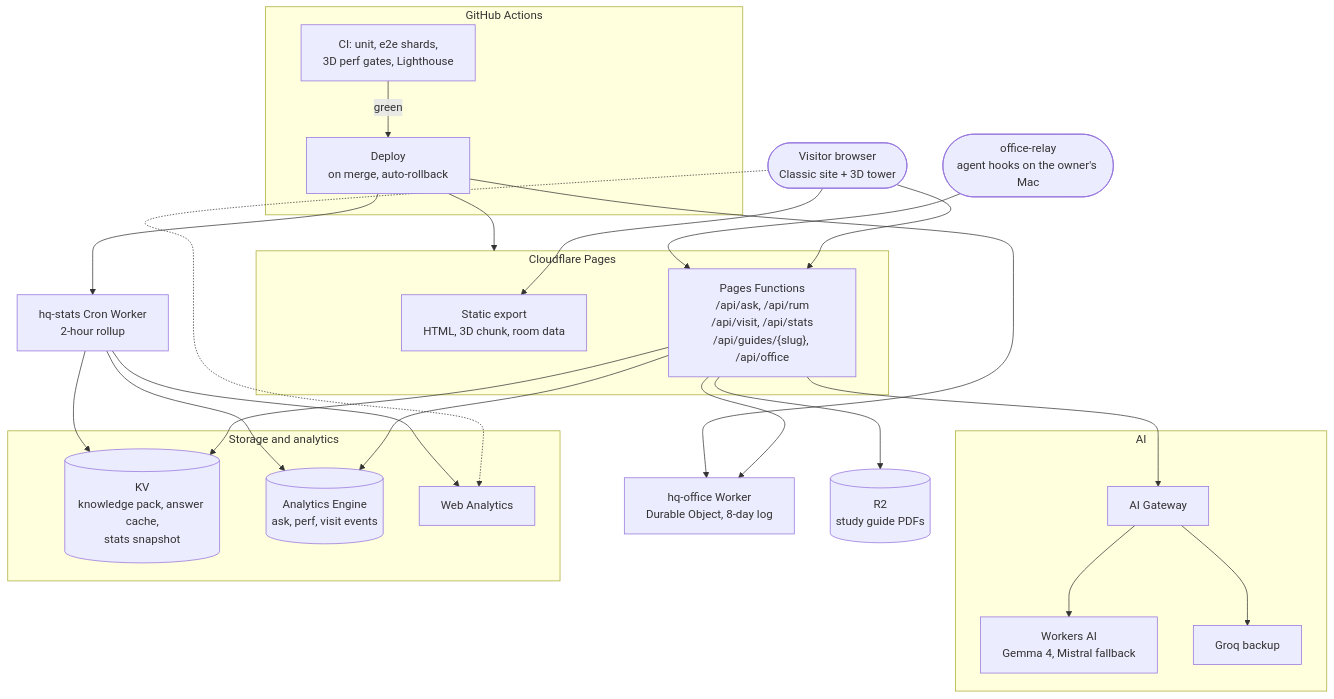
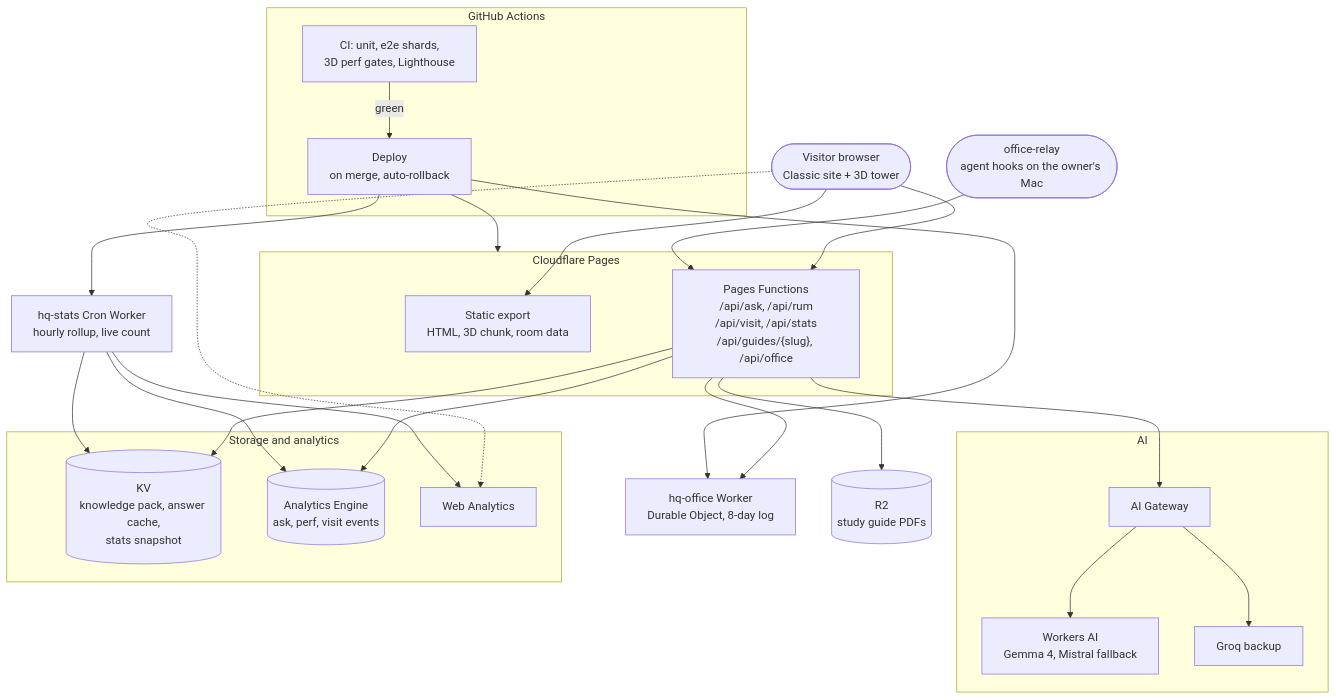
Before and after one commit to ShinyQ/ShinyQ-HQ: the diagram in README.md, drawn with Mermaid. The commit also changed other lines of this file and 6 other files, not shown here.

````diff
--- a/README.md
+++ b/README.md
@@ -77,44 +77,44 @@
 ```mermaid
 flowchart TB
   visitor(["Visitor browser<br/>Classic site + 3D tower"])
 
   subgraph pagesbox["Cloudflare Pages"]
     pages["Static export<br/>HTML, 3D chunk, room data"]
     fn["Pages Functions<br/>/api/ask, /api/rum<br/>/api/visit, /api/stats<br/>/api/guides/{slug}, /api/office"]
   end
 
   subgraph aibox["AI"]
     gateway["AI Gateway"] --> wai["Workers AI<br/>Gemma 4, Mistral fallback"]
     gateway --> groq["Groq backup"]
   end
 
   subgraph databox["Storage and analytics"]
     kv[("KV<br/>knowledge pack, answer cache,<br/>stats snapshot")]
       ae[("Analytics Engine<br/>ask, perf, visit events")]
     wa["Web Analytics"]
   end
 
-  cron["hq-stats Cron Worker<br/>2-hour rollup"]
+  cron["hq-stats Cron Worker<br/>hourly rollup, live count"]
   office["hq-office Worker<br/>Durable Object, 8-day log"]
   relay(["office-relay<br/>agent hooks on the owner's Mac"])
 
   subgraph ghbox["GitHub Actions"]
     ci["CI: unit, e2e shards,<br/>3D perf gates, Lighthouse"] -->|green| deploy["Deploy<br/>on merge, auto-rollback"]
   end
 
   visitor --> pages
   visitor --> fn
   visitor -.-> wa
   fn --> gateway
   fn --> kv
   fn --> ae
   fn --> r2[("R2<br/>study guide PDFs")]
   fn --> office
   relay --> fn
   cron --> wa
   cron --> ae
   cron --> kv
   deploy --> pagesbox
   deploy --> cron
   deploy --> office
 ```
````
